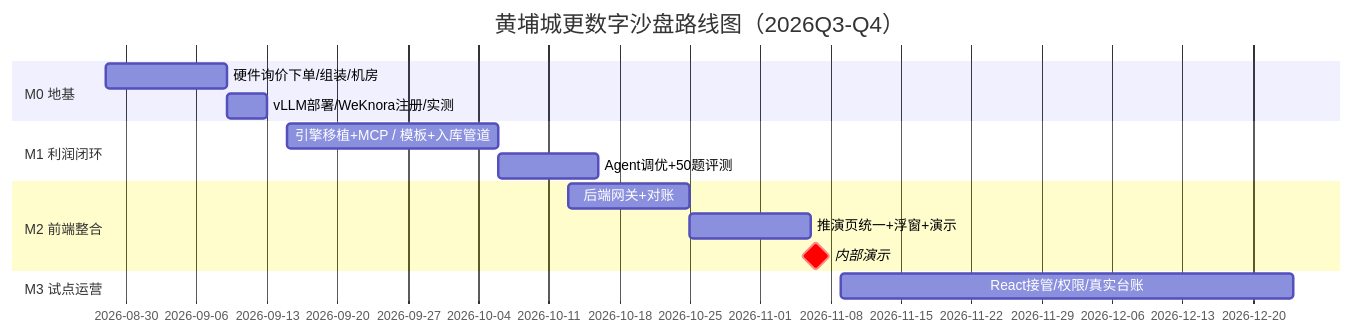
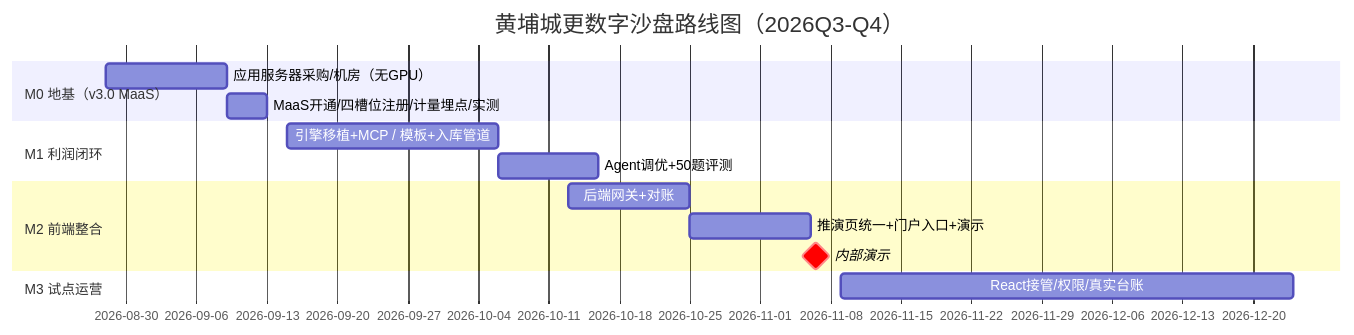
One commit to Clearlove7Zz/huangpu changed the second of 2 diagrams in docs/PRD-黄埔城更RAG利润智能系统-v1.md. Above: the diagram before and after it, drawn with Mermaid. The commit also changed other lines of this file and 10 other files, not shown here.

````diff
--- a/docs/PRD-黄埔城更RAG利润智能系统-v1.md
+++ b/docs/PRD-黄埔城更RAG利润智能系统-v1.md
@@ -592,17 +665,17 @@
 ```mermaid
 gantt
     title 黄埔城更数字沙盘路线图（2026Q3-Q4）
     dateFormat YYYY-MM-DD
-    section M0 地基
-    硬件询价下单/组装/机房 :m0a, 2026-08-28, 12d
-    vLLM部署/WeKnora注册/实测 :m0b, after m0a, 4d
+    section M0 地基（v3.0 MaaS）
+    应用服务器采购/机房（无GPU） :m0a, 2026-08-28, 12d
+    MaaS开通/四槽位注册/计量埋点/实测 :m0b, after m0a, 4d
     section M1 利润闭环
     引擎移植+MCP / 模板+入库管道 :m1, 2026-09-15, 21d
     Agent调优+50题评测 :m1b, after m1, 10d
     section M2 前端整合
     后端网关+对账 :m2a, 2026-10-13, 12d
-    推演页统一+浮窗+演示 :m2, after m2a, 12d
+    推演页统一+门户入口+演示 :m2, after m2a, 12d
     内部演示 :crit, milestone, 2026-11-06, 1d
     section M3 试点运营
     React接管/权限/真实台账 :m3, 2026-11-09, 45d
 ```
````
